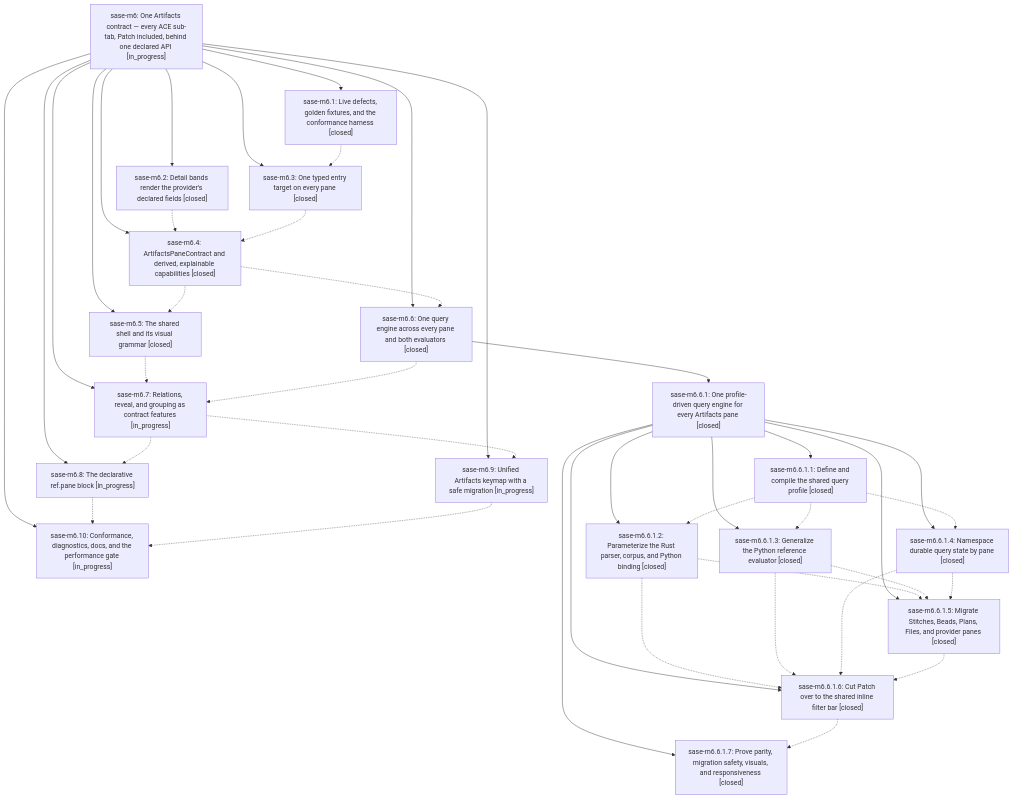
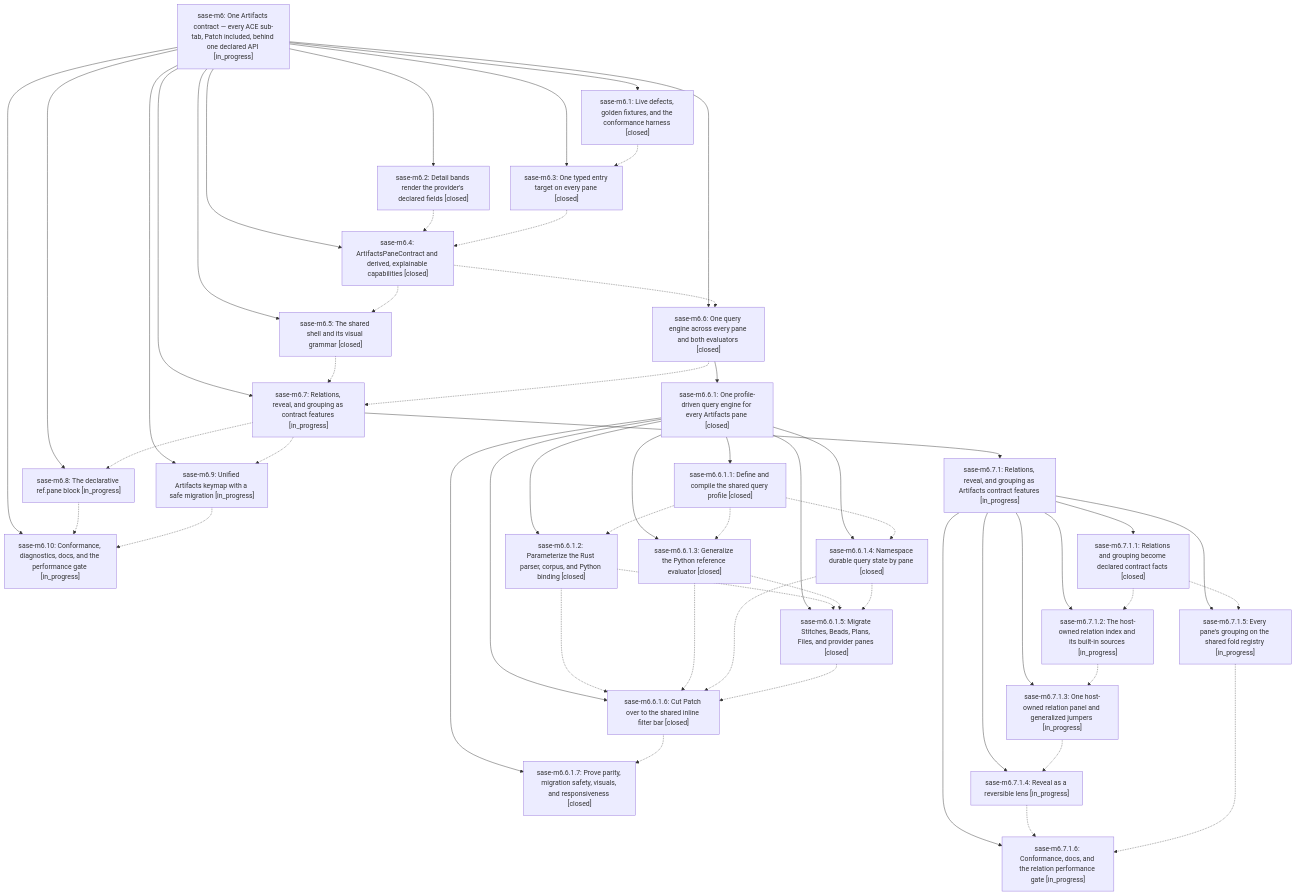
Before and after one commit to sase-org/sase--beads: the diagram in pages/sase-m6/README.md, drawn with Mermaid. The commit also changed other lines of this file and 8 other files, not shown here.

````diff
--- a/pages/sase-m6/README.md
+++ b/pages/sase-m6/README.md
@@ -52,62 +52,82 @@
 ```mermaid
 flowchart TD
     n0["sase-m6: One Artifacts contract — every ACE sub-tab, Patch included, behind one declared API [in_progress]"]
     n1["sase-m6.1: Live defects, golden fixtures, and the conformance harness [closed]"]
     n2["sase-m6.10: Conformance, diagnostics, docs, and the performance gate [in_progress]"]
     n3["sase-m6.2: Detail bands render the provider's declared fields [closed]"]
     n4["sase-m6.3: One typed entry target on every pane [closed]"]
     n5["sase-m6.4: ArtifactsPaneContract and derived, explainable capabilities [closed]"]
     n6["sase-m6.5: The shared shell and its visual grammar [closed]"]
     n7["sase-m6.6: One query engine across every pane and both evaluators [closed]"]
     n8["sase-m6.6.1: One profile-driven query engine for every Artifacts pane [closed]"]
     n9["sase-m6.6.1.1: Define and compile the shared query profile [closed]"]
     n10["sase-m6.6.1.2: Parameterize the Rust parser, corpus, and Python binding [closed]"]
     n11["sase-m6.6.1.3: Generalize the Python reference evaluator [closed]"]
     n12["sase-m6.6.1.4: Namespace durable query state by pane [closed]"]
     n13["sase-m6.6.1.5: Migrate Stitches, Beads, Plans, Files, and provider panes [closed]"]
     n14["sase-m6.6.1.6: Cut Patch over to the shared inline filter bar [closed]"]
     n15["sase-m6.6.1.7: Prove parity, migration safety, visuals, and responsiveness [closed]"]
     n16["sase-m6.7: Relations, reveal, and grouping as contract features [in_progress]"]
-    n17["sase-m6.8: The declarative ref.pane block [in_progress]"]
-    n18["sase-m6.9: Unified Artifacts keymap with a safe migration [in_progress]"]
+    n17["sase-m6.7.1: Relations, reveal, and grouping as Artifacts contract features [in_progress]"]
+    n18["sase-m6.7.1.1: Relations and grouping become declared contract facts [closed]"]
+    n19["sase-m6.7.1.2: The host-owned relation index and its built-in sources [in_progress]"]
+    n20["sase-m6.7.1.3: One host-owned relation panel and generalized jumpers [in_progress]"]
+    n21["sase-m6.7.1.4: Reveal as a reversible lens [in_progress]"]
+    n22["sase-m6.7.1.5: Every pane's grouping on the shared fold registry [in_progress]"]
+    n23["sase-m6.7.1.6: Conformance, docs, and the relation performance gate [in_progress]"]
+    n24["sase-m6.8: The declarative ref.pane block [in_progress]"]
+    n25["sase-m6.9: Unified Artifacts keymap with a safe migration [in_progress]"]
     n0 --> n1
     n0 --> n2
     n0 --> n3
     n0 --> n4
     n0 --> n5
     n0 --> n6
     n0 --> n7
     n7 --> n8
     n8 --> n9
     n8 --> n10
     n8 --> n11
     n8 --> n12
     n8 --> n13
     n8 --> n14
     n8 --> n15
     n0 --> n16
-    n0 --> n17
-    n0 --> n18
+    n16 --> n17
+    n17 --> n18
+    n17 --> n19
+    n17 --> n20
+    n17 --> n21
+    n17 --> n22
+    n17 --> n23
+    n0 --> n24
+    n0 --> n25
     n1 -.-> n4
     n3 -.-> n5
     n4 -.-> n5
     n5 -.-> n6
     n5 -.-> n7
     n6 -.-> n16
     n7 -.-> n16
     n9 -.-> n10
     n9 -.-> n11
     n9 -.-> n12
     n10 -.-> n13
     n10 -.-> n14
     n11 -.-> n13
     n11 -.-> n14
     n12 -.-> n13
     n12 -.-> n14
     n13 -.-> n14
     n14 -.-> n15
-    n16 -.-> n17
-    n16 -.-> n18
-    n17 -.-> n2
-    n18 -.-> n2
+    n16 -.-> n24
+    n16 -.-> n25
+    n18 -.-> n19
+    n18 -.-> n22
+    n19 -.-> n20
+    n20 -.-> n21
+    n21 -.-> n23
+    n22 -.-> n23
+    n24 -.-> n2
+    n25 -.-> n2
 ```
````
